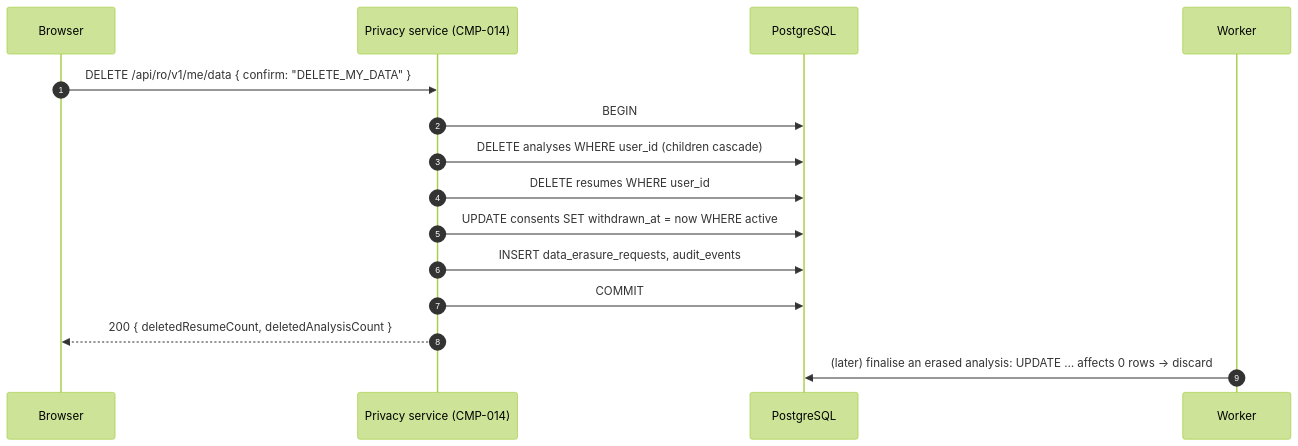
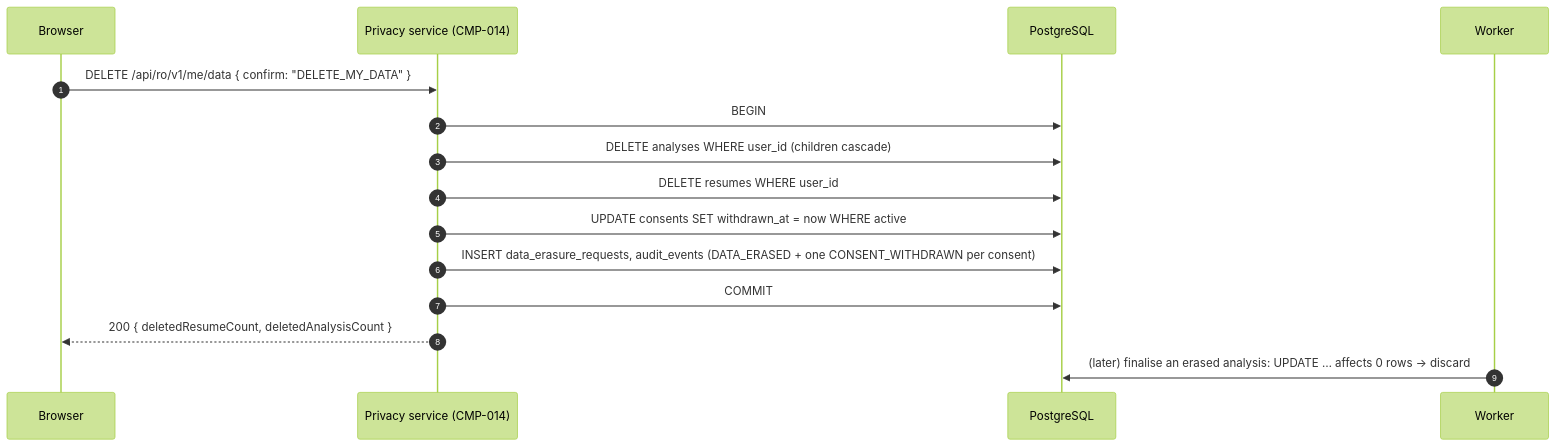
One commit to divii-school/spec-homework changed the seventh of 14 diagrams in pranesh/spec.md. Above: the diagram before and after it, drawn with Mermaid (forest theme). The commit also changed other lines of this file, not shown here.

````diff
--- a/pranesh/spec.md
+++ b/pranesh/spec.md
@@ -1041,17 +1042,17 @@
 ```mermaid
 sequenceDiagram
   autonumber
   participant U as Browser
   participant P as Privacy service (CMP-014)
   participant DB as PostgreSQL
   participant W as Worker
   U->>P: DELETE /api/ro/v1/me/data { confirm: "DELETE_MY_DATA" }
   P->>DB: BEGIN
   P->>DB: DELETE analyses WHERE user_id (children cascade)
   P->>DB: DELETE resumes WHERE user_id
   P->>DB: UPDATE consents SET withdrawn_at = now WHERE active
-  P->>DB: INSERT data_erasure_requests, audit_events
+  P->>DB: INSERT data_erasure_requests, audit_events (DATA_ERASED + one CONSENT_WITHDRAWN per consent)
   P->>DB: COMMIT
   P-->>U: 200 { deletedResumeCount, deletedAnalysisCount }
   W->>DB: (later) finalise an erased analysis: UPDATE … affects 0 rows → discard
 ```
````
